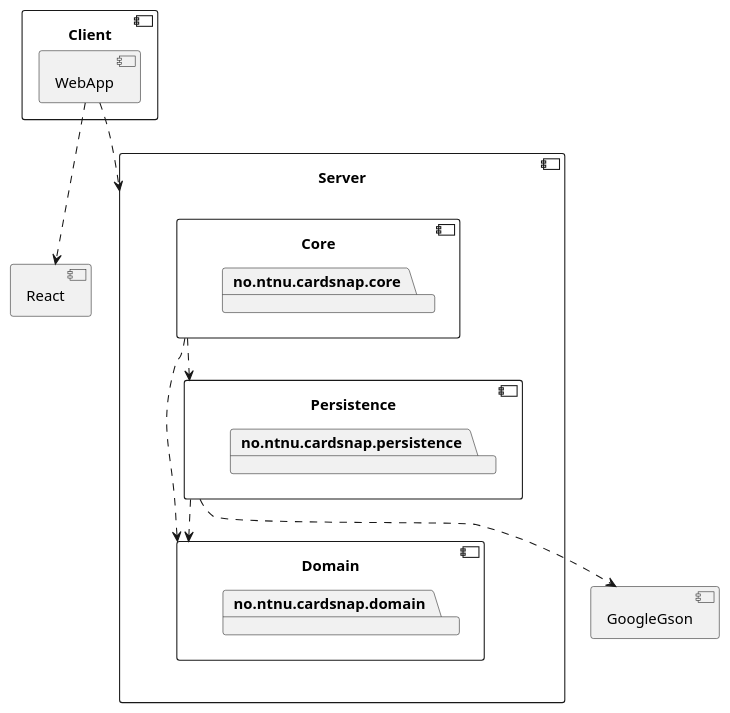
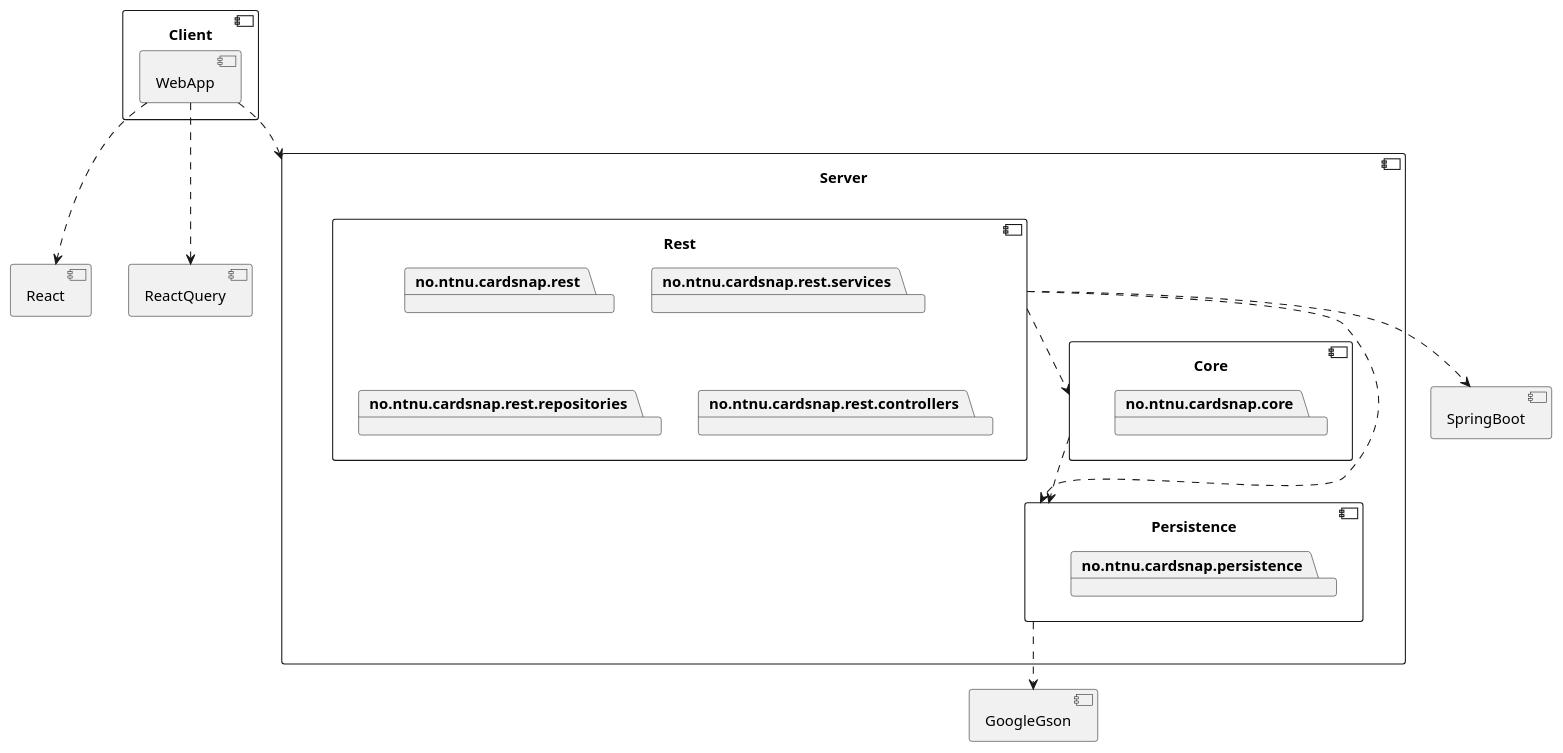
Before and after one commit to junlarsen/it1901: the diagram in cardsnap/architecture.puml, drawn with PlantUML. The commit also changed 23 other files, not shown here.

Commit message:
Rename domain module to core

```diff
--- a/cardsnap/architecture.puml
+++ b/cardsnap/architecture.puml
@@ -1,29 +1,36 @@
 @startuml
 
 component Server {
+    component Rest {
+        package no.ntnu.cardsnap.rest
+        package no.ntnu.cardsnap.rest.services
+        package no.ntnu.cardsnap.rest.repositories
+        package no.ntnu.cardsnap.rest.controllers
+    }
     component Core {
         package no.ntnu.cardsnap.core
-    }
-    component Domain {
-        package no.ntnu.cardsnap.domain
     }
     component Persistence {
         package no.ntnu.cardsnap.persistence
     }
 }
 
 component Client {
     component WebApp
 }
 
+component SpringBoot
 component GoogleGson
 component React
+component ReactQuery
 
 WebApp ..> Server
 WebApp ..> React
-Persistence ..> Domain
+WebApp ..> ReactQuery
 Persistence ..> GoogleGson
-Core ..> Domain
 Core ..> Persistence
+Rest ..> Persistence
+Rest ..> Core
+Rest ..> SpringBoot
 
 @enduml
```
